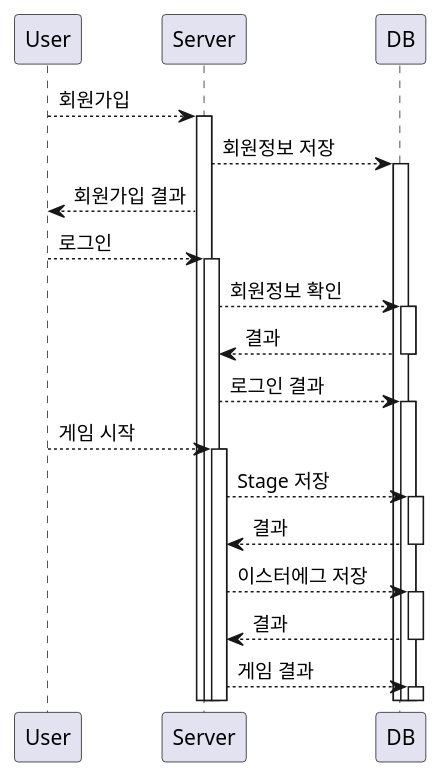
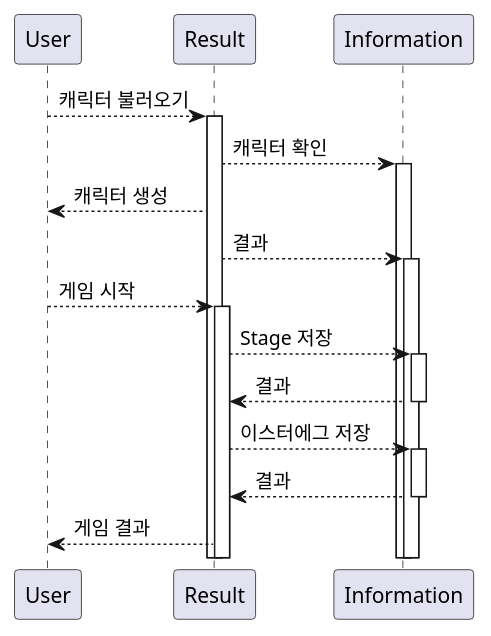
One commit to leehj24/software_prj changed the diagram in UML/sequence.pu. Above: the diagram before and after it, drawn with PlantUML. The commit also changed 5 other files, not shown here.

Commit message:
다이어그램 수정

```diff
--- a/UML/sequence.pu
+++ b/UML/sequence.pu
@@ -1,43 +1,34 @@
 @startuml
 participant User
 
-User --> Server : 회원가입
-activate Server
+User --> Result : 캐릭터 불러오기
+activate Result
 
-Server --> DB : 회원정보 저장
-activate DB
+Result --> Information : 캐릭터 확인
+activate Information
 
-Server --> User : 회원가입 결과
+Result --> User : 캐릭터 생성
 deactivate User
 
-User --> Server : 로그인
-activate Server
+Result --> Information :  결과
+activate Information
 
-Server --> DB : 회원정보 확인
-activate DB
+User --> Result : 게임 시작
+activate Result
 
-DB --> Server : 결과
-deactivate DB
+Result --> Information : Stage 저장
+activate Information
 
-Server --> DB : 로그인 결과
-activate DB
+Information --> Result : 결과
+deactivate Information
 
-User --> Server : 게임 시작
-activate Server
+Result --> Information : 이스터에그 저장
+activate Information
 
-Server --> DB : Stage 저장
-activate DB
+Information --> Result : 결과
+deactivate Information
 
-DB --> Server : 결과
-deactivate DB
-
-Server --> DB : 이스터에그 저장
-activate DB
-
-DB --> Server : 결과
-deactivate DB
-
-Server --> DB : 게임 결과
-activate DB
+Result --> User : 게임 결과
+deactivate User
 
 @enduml
```
